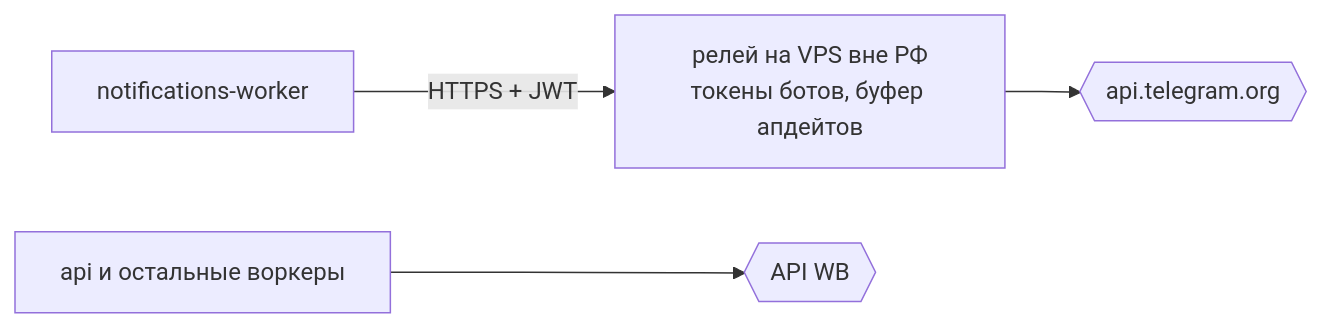
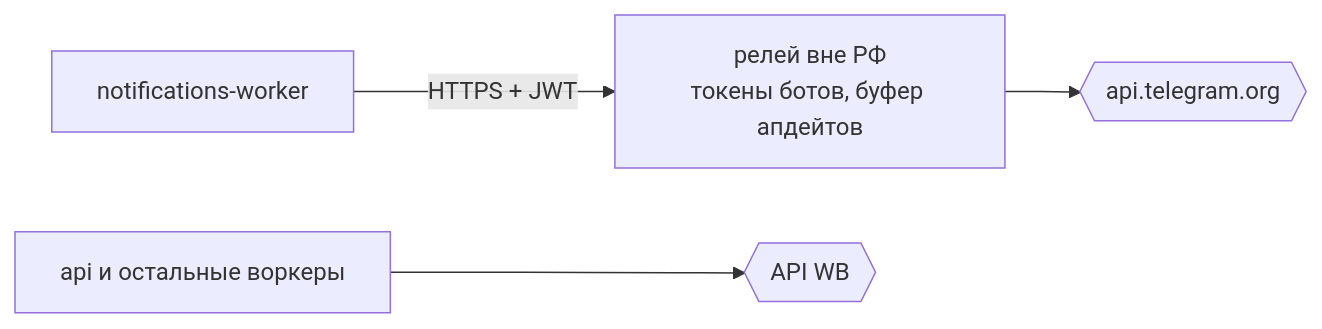
The second of 2 diagrams in docs/architecture/NETWORK_AND_EGRESS.md (krionefishy/karbi), drawn with Mermaid before and after one commit. The commit also changed other lines of this file and 3 other files, not shown here.

````diff
--- a/docs/architecture/NETWORK_AND_EGRESS.md
+++ b/docs/architecture/NETWORK_AND_EGRESS.md
@@ -44,11 +46,11 @@
 ```mermaid
 flowchart LR
     worker["notifications-worker"]
-    relay["релей на VPS вне РФ<br/>токены ботов, буфер апдейтов"]
+    relay["релей вне РФ<br/>токены ботов, буфер апдейтов"]
     tg{{"api.telegram.org"}}
     others["api и остальные воркеры"]
     wb{{"API WB"}}
 
     worker -->|"HTTPS + JWT"| relay --> tg
     others --> wb
 ```
````
